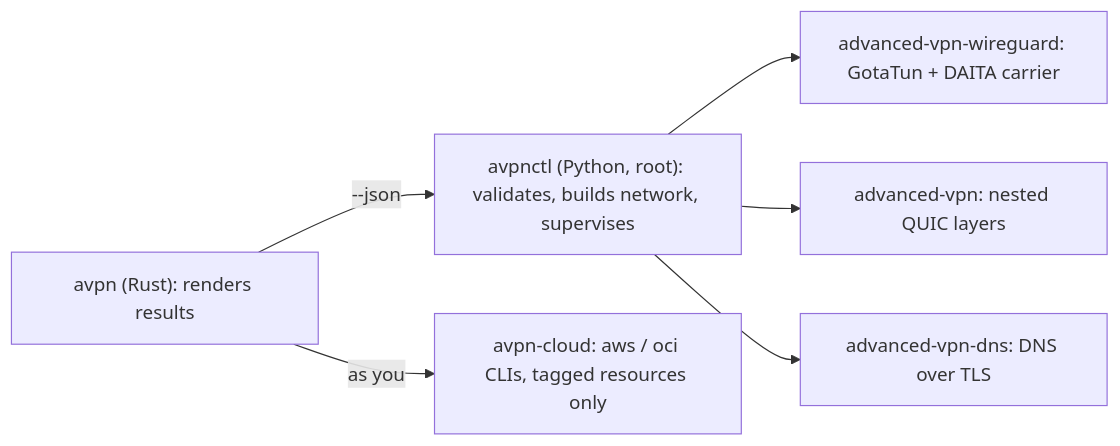
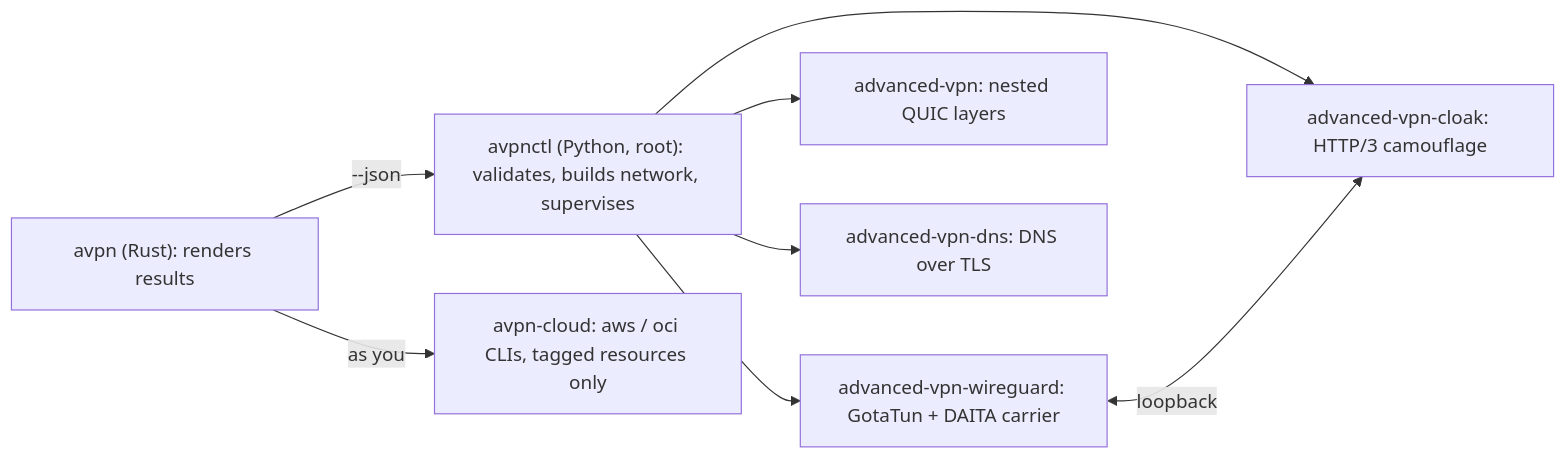
The diagram in docs/architecture.md (R1VER77/ADVANCED_VPN), drawn with Mermaid before and after one commit. The commit also changed other lines of this file and 94 other files, not shown here.

````diff
--- a/docs/architecture.md
+++ b/docs/architecture.md
@@ -5,8 +5,10 @@
 ```mermaid
 flowchart LR
     CLI["avpn (Rust): renders results"] -->|"--json"| CTL["avpnctl (Python, root): validates, builds network, supervises"]
     CLI -->|"as you"| CLOUD["avpn-cloud: aws / oci CLIs, tagged resources only"]
+    CTL --> CLOAK["advanced-vpn-cloak: HTTP/3 camouflage"]
     CTL --> WG["advanced-vpn-wireguard: GotaTun + DAITA carrier"]
+    WG <-->|"loopback"| CLOAK
     CTL --> CORE["advanced-vpn: nested QUIC layers"]
     CTL --> DNS["advanced-vpn-dns: DNS over TLS"]
 ```
````
